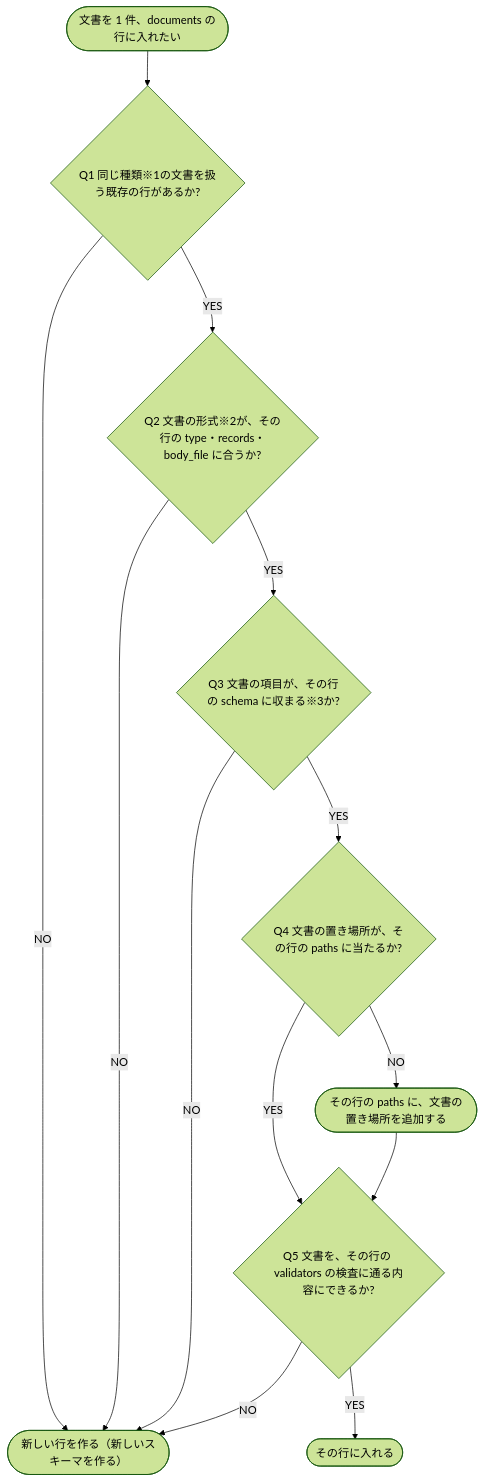
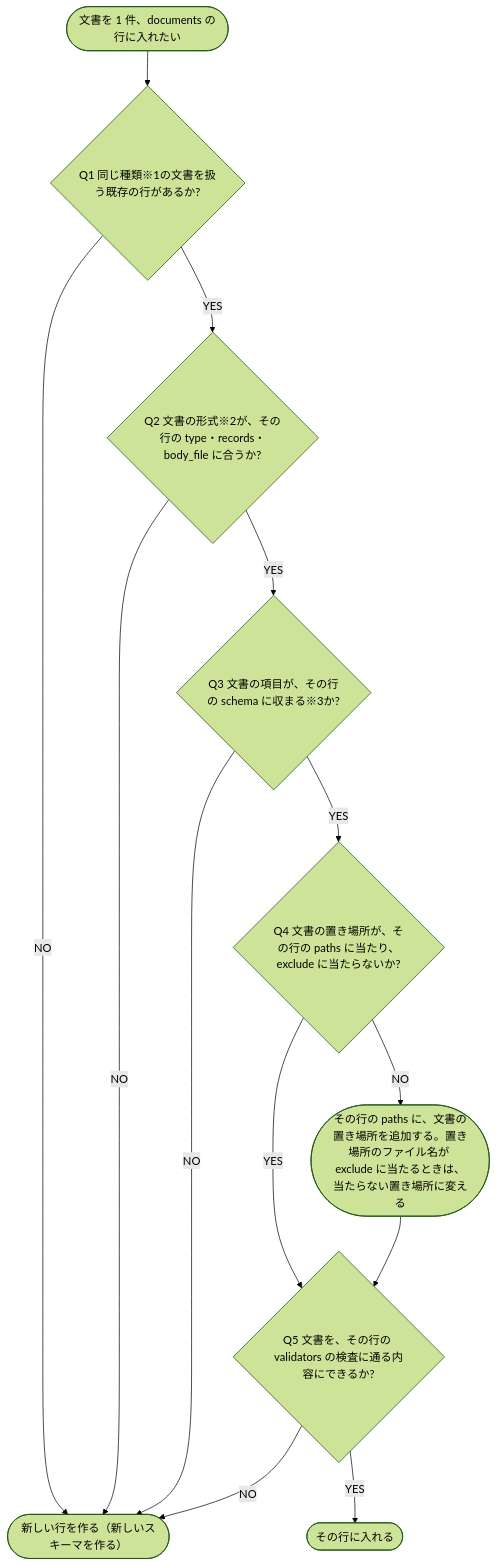
The diagram in docs/使い方/documentsの行の判定.md (shuhei1101/dev-docs), drawn with Mermaid (forest theme) before and after one commit. The commit also changed 5 other files, not shown here.

````diff
--- a/docs/使い方/documentsの行の判定.md
+++ b/docs/使い方/documentsの行の判定.md
@@ -14,26 +14,26 @@
 ```mermaid
 flowchart TD
   START([文書を 1 件、documents の行に入れたい])
   Q1{Q1 同じ種類※1の文書を扱う既存の行があるか?}
   Q2{Q2 文書の形式※2が、その行の type・records・body_file に合うか?}
   Q3{Q3 文書の項目が、その行の schema に収まる※3か?}
-  Q4{Q4 文書の置き場所が、その行の paths に当たるか?}
+  Q4{Q4 文書の置き場所が、その行の paths に当たり、exclude に当たらないか?}
   Q5{Q5 文書を、その行の validators の検査に通る内容にできるか?}
 
-  A1([その行の paths に、文書の置き場所を追加する])
+  A1([その行の paths に、文書の置き場所を追加する。置き場所のファイル名が exclude に当たるときは、当たらない置き場所に変える])
   R1([その行に入れる])
   R2([新しい行を作る（新しいスキーマを作る）])
 
   START --> Q1
   Q1 -->|NO| R2
   Q1 -->|YES| Q2
   Q2 -->|YES| Q3
   Q2 -->|NO| R2
   Q3 -->|NO| R2
   Q3 -->|YES| Q4
   Q4 -->|YES| Q5
   Q4 -->|NO| A1
   A1 --> Q5
   Q5 -->|YES| R1
   Q5 -->|NO| R2
 ```
````
